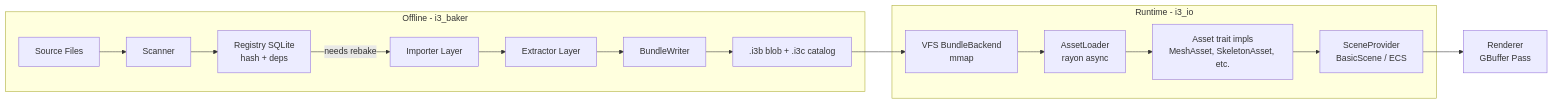
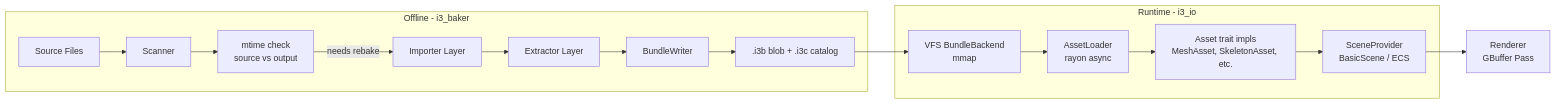
One commit to doomtr666/i3 changed the first of 9 diagrams in doc/baker_design.md. Above: the diagram before and after it, drawn with Mermaid. The commit also changed other lines of this file and 3 other files, not shown here.

````diff
--- a/doc/baker_design.md
+++ b/doc/baker_design.md
@@ -9,20 +9,20 @@
 ```mermaid
 flowchart LR
     subgraph Offline - i3_baker
         A[Source Files] --> B[Scanner]
-        B --> C[Registry SQLite<br>hash + deps]
+        B --> C[mtime check<br>source vs output]
         C -->|needs rebake| D[Importer Layer]
         D --> E[Extractor Layer]
         E --> F[BundleWriter]
         F --> G[.i3b blob + .i3c catalog]
     end
 
     subgraph Runtime - i3_io
         G --> H[VFS BundleBackend<br>mmap]
         H --> I[AssetLoader<br>rayon async]
         I --> J[Asset trait impls<br>MeshAsset, SkeletonAsset, etc.]
         J --> K[SceneProvider<br>BasicScene / ECS]
     end
 
     K --> L[Renderer<br>GBuffer Pass]
 ```
````
